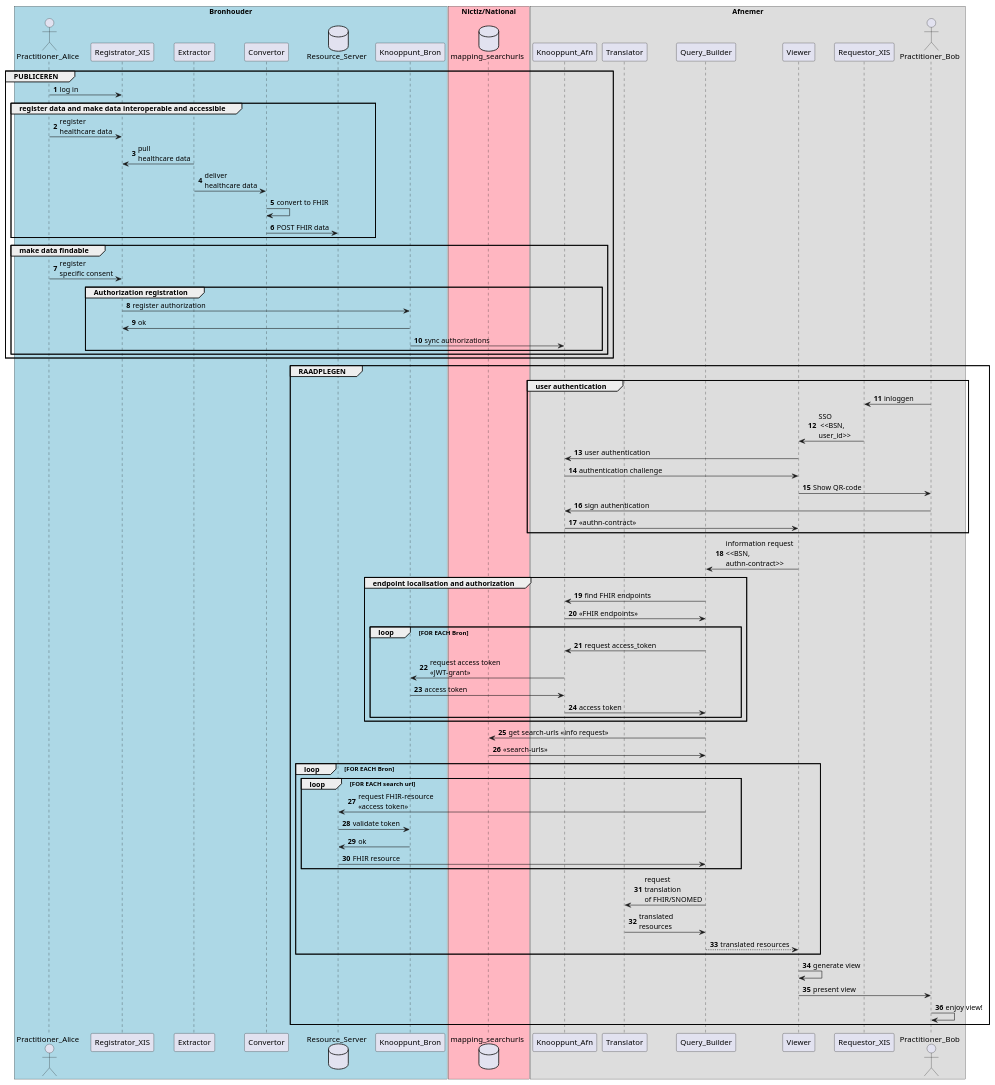
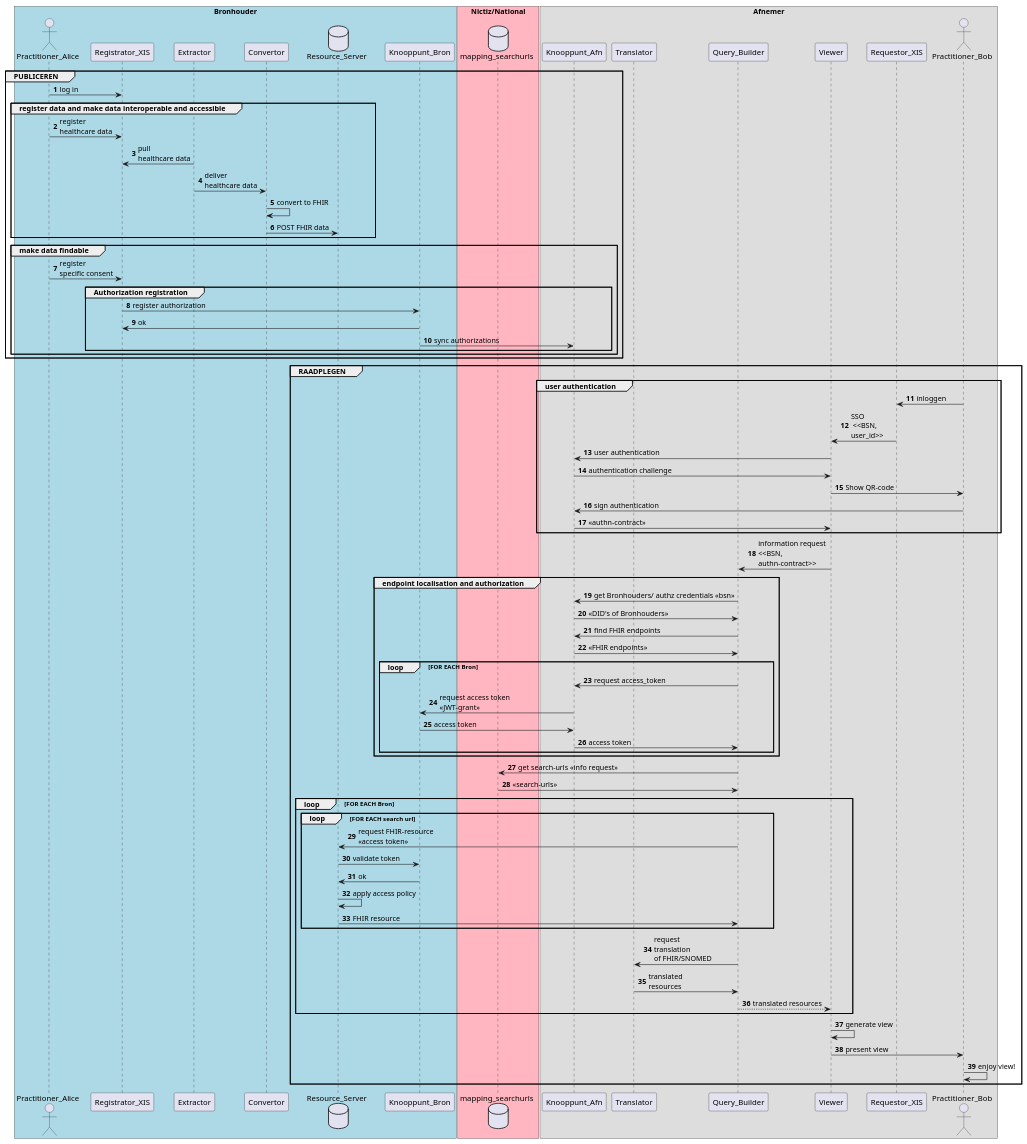
One commit to jorritspee/plantuml-zorginzage-babyconnect changed the diagram in sequence-diagram-zorginzage-babyconnect.puml. Above: the diagram before and after it, drawn with PlantUML.

```diff
--- a/sequence-diagram-zorginzage-babyconnect.puml
+++ b/sequence-diagram-zorginzage-babyconnect.puml
@@ -1,87 +1,90 @@
 @startuml
 autonumber
 box "Bronhouder" #LightBlue
 actor Practitioner_Alice
 participant Registrator_XIS
 participant Extractor
 participant Convertor
 database Resource_Server
 participant Knooppunt_Bron
 end box
 
 box "Nictiz/National" #LightPink
 database mapping_searchurls
 end box
 
 box "Afnemer"
 participant Knooppunt_Afn
 participant Translator
 participant Query_Builder
 participant Viewer
 participant Requestor_XIS
 actor Practitioner_Bob
 end box
 
 group PUBLICEREN
   Practitioner_Alice -> Registrator_XIS : log in
   group register data and make data interoperable and accessible
     Practitioner_Alice -> Registrator_XIS : register\nhealthcare data
     Registrator_XIS <- Extractor: pull\nhealthcare data
     Extractor -> Convertor: deliver\nhealthcare data
     Convertor -> Convertor : convert to FHIR
     Convertor -> Resource_Server : POST FHIR data
   end
 
   group make data findable
     Practitioner_Alice -> Registrator_XIS : register\nspecific consent
     group Authorization registration
       Registrator_XIS -> Knooppunt_Bron : register authorization
       Registrator_XIS <- Knooppunt_Bron : ok
       Knooppunt_Bron -> Knooppunt_Afn : sync authorizations
     end
   end
 end
 
 group RAADPLEGEN
   group user authentication
     Practitioner_Bob -> Requestor_XIS : inloggen
     Requestor_XIS -> Viewer: SSO\n <<BSN,\nuser_id>>
     Viewer -> Knooppunt_Afn : user authentication
     Knooppunt_Afn -> Viewer : authentication challenge
     Viewer -> Practitioner_Bob : Show QR-code
     Practitioner_Bob -> Knooppunt_Afn: sign authentication
     Knooppunt_Afn -> Viewer : <<authn-contract>>
   end
   Viewer -> Query_Builder : information request\n<<BSN,\nauthn-contract>>
   
   group endpoint localisation and authorization
+    Query_Builder -> Knooppunt_Afn : get Bronhouders/ authz credentials <<bsn>>
+    Query_Builder <- Knooppunt_Afn : <<DID's of Bronhouders>>
     Query_Builder -> Knooppunt_Afn : find FHIR endpoints
     Query_Builder <- Knooppunt_Afn : <<FHIR endpoints>>
     
     loop FOR EACH Bron
     Query_Builder -> Knooppunt_Afn : request access_token
     Knooppunt_Afn -> Knooppunt_Bron : request access token\n<<JWT-grant>>
     Knooppunt_Afn <- Knooppunt_Bron: access token
     Query_Builder <- Knooppunt_Afn : access token
     end
   end 
 
   Query_Builder ->  mapping_searchurls : get search-urls <<info request>>
   Query_Builder <-  mapping_searchurls : <<search-urls>>
   
   loop FOR EACH Bron
     loop FOR EACH search url
       Query_Builder -> Resource_Server : request FHIR-resource\n<<access token>>
       Resource_Server -> Knooppunt_Bron: validate token
       Resource_Server <- Knooppunt_Bron: ok
+      Resource_Server -> Resource_Server: apply access policy
       Query_Builder <- Resource_Server : FHIR resource
     end
     Query_Builder -> Translator: request\ntranslation\nof FHIR/SNOMED
     Query_Builder <- Translator: translated\nresources
     Query_Builder --> Viewer: translated resources
   end
   Viewer -> Viewer : generate view
   Viewer -> Practitioner_Bob: present view
   Practitioner_Bob -> Practitioner_Bob: enjoy view!
 end
 @enduml
```
